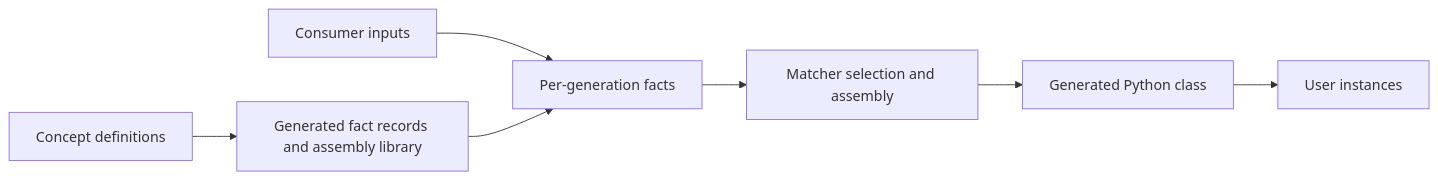
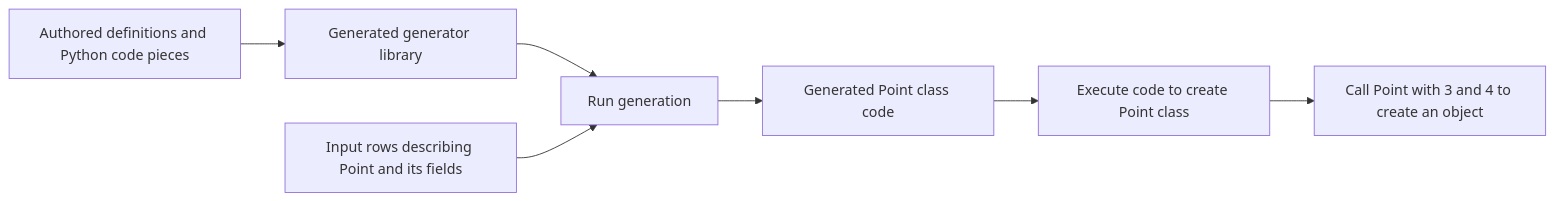
The diagram in docs/concepts/model.md (owebeeone/yidl), drawn with Mermaid before and after one commit. The commit also changed other lines of this file and 21 other files, not shown here.

````diff
--- a/docs/concepts/model.md
+++ b/docs/concepts/model.md
@@ -5,9 +44,9 @@
 ```mermaid
 flowchart LR
-  D[Concept definitions] --> R[Generated fact records and assembly library]
-  I[Consumer inputs] --> F[Per-generation facts]
-  R --> F
-  F --> A[Matcher selection and assembly]
-  A --> P[Generated Python class]
-  P --> O[User instances]
+  D[Authored definitions and Python code pieces] --> L[Generated generator library]
+  L --> G[Run generation]
+  F[Input rows describing Point and its fields] --> G
+  G --> P[Generated Point class code]
+  P --> C[Execute code to create Point class]
+  C --> O[Call Point with 3 and 4 to create an object]
 ```
````
